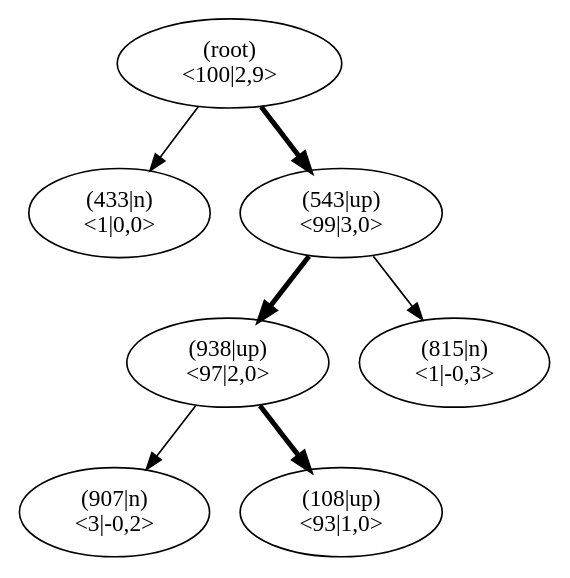
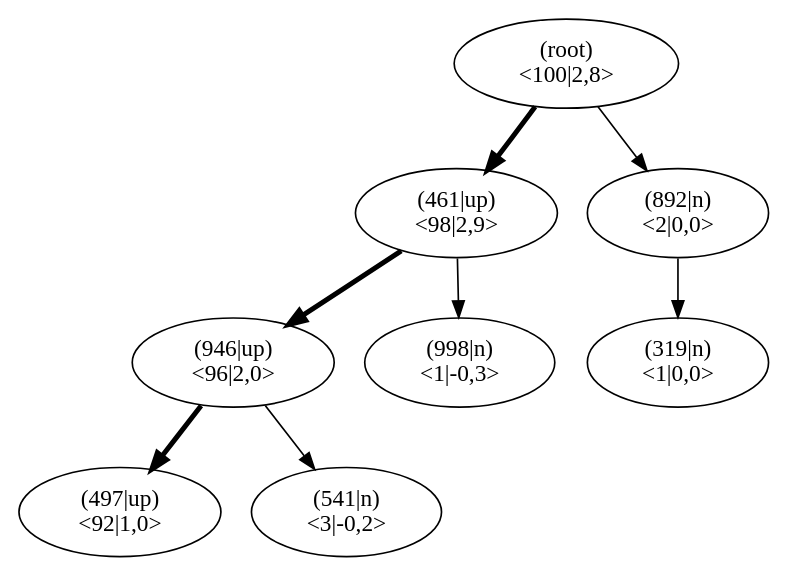
Before and after one commit to JonasHellgren/relexp-java: the diagram in pictures/ch13/jumper_test_mcts.dot, drawn with Graphviz. The commit also changed 8 other files, not shown here.

```diff
--- a/pictures/ch13/jumper_test_mcts.dot
+++ b/pictures/ch13/jumper_test_mcts.dot
@@ -1,23 +1,26 @@
 digraph MCTS {
 node [shape=ellipse];
 Nroot [label="(root)
-<100|2,9>"];
-Nroot -> N433[penwidth=1];
-N433 [label="(433|n)
+<100|2,8>"];
+Nroot -> N461[penwidth=3];
+N461 [label="(461|up)
+<98|2,9>"];
+N461 -> N946[penwidth=3];
+N946 [label="(946|up)
+<96|2,0>"];
+N946 -> N497[penwidth=3];
+N497 [label="(497|up)
+<92|1,0>"];
+N946 -> N541[penwidth=1];
+N541 [label="(541|n)
+<3|-0,2>"];
+N461 -> N998[penwidth=1];
+N998 [label="(998|n)
+<1|-0,3>"];
+Nroot -> N892[penwidth=1];
+N892 [label="(892|n)
+<2|0,0>"];
+N892 -> N319[penwidth=1];
+N319 [label="(319|n)
 <1|0,0>"];
-Nroot -> N543[penwidth=3];
-N543 [label="(543|up)
-<99|3,0>"];
-N543 -> N938[penwidth=3];
-N938 [label="(938|up)
-<97|2,0>"];
-N938 -> N907[penwidth=1];
-N907 [label="(907|n)
-<3|-0,2>"];
-N938 -> N108[penwidth=3];
-N108 [label="(108|up)
-<93|1,0>"];
-N543 -> N815[penwidth=1];
-N815 [label="(815|n)
-<1|-0,3>"];
 }
```
